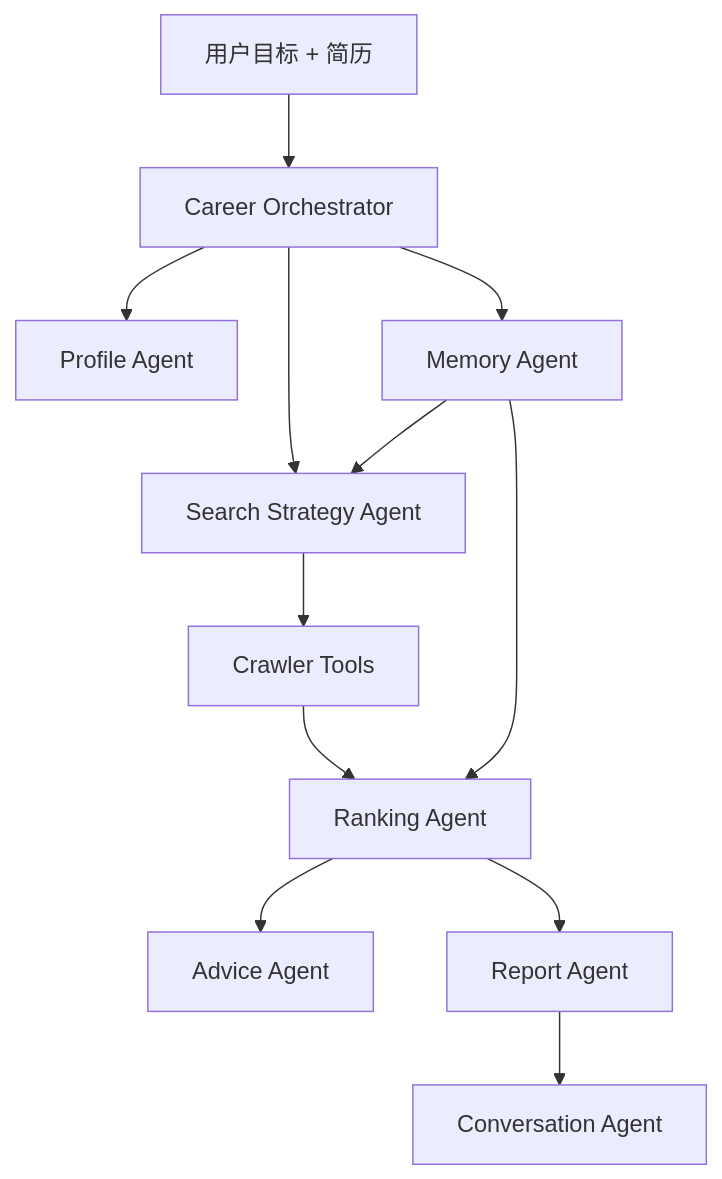
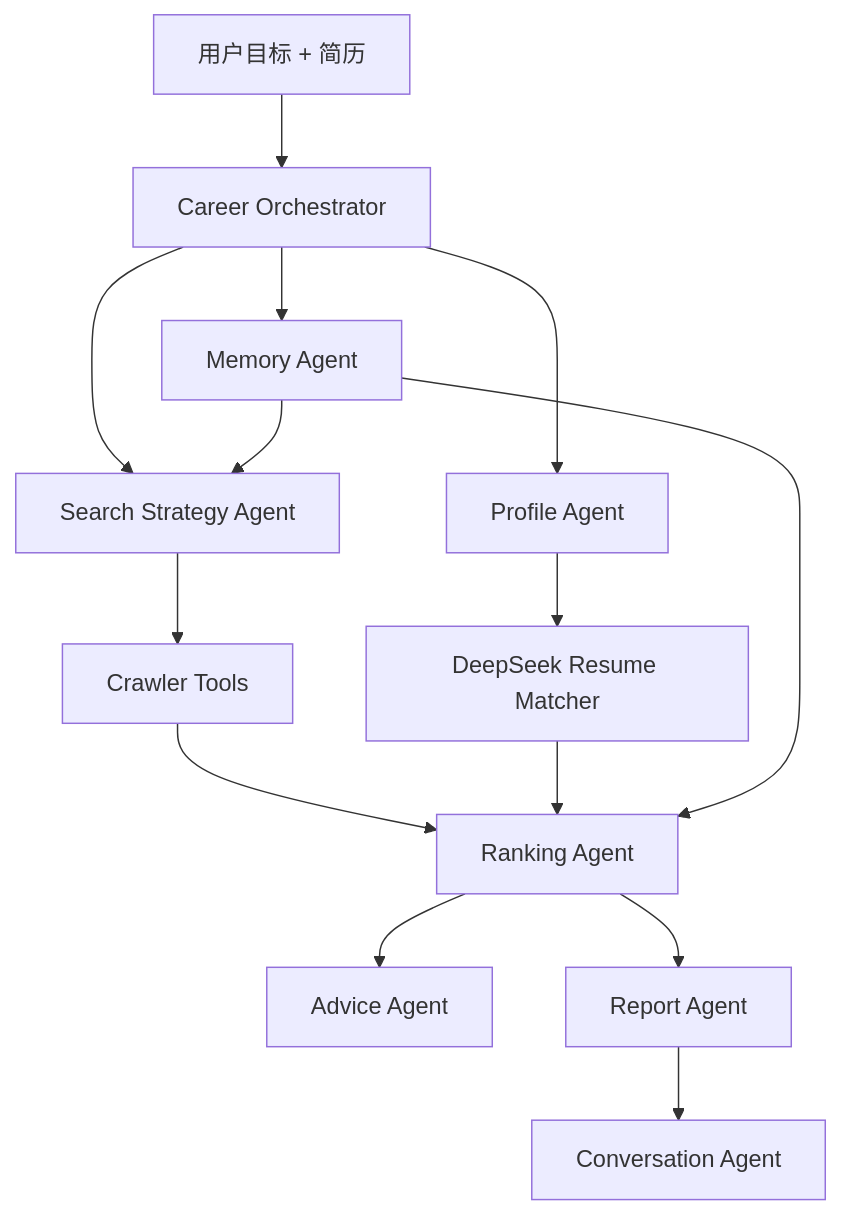
The diagram in README.md (anan-root/careerpilot-agent), drawn with Mermaid before and after one commit. The commit also changed other lines of this file and 14 other files, not shown here.

````diff
--- a/README.md
+++ b/README.md
@@ -130,14 +138,16 @@
 ```mermaid
 flowchart TD
     U["用户目标 + 简历"] --> O["Career Orchestrator"]
     O --> P["Profile Agent"]
     O --> M["Memory Agent"]
     O --> S["Search Strategy Agent"]
     S --> C["Crawler Tools"]
     C --> R["Ranking Agent"]
+    P --> L["DeepSeek Resume Matcher"]
+    L --> R
     R --> A["Advice Agent"]
     R --> G["Report Agent"]
     G --> Q["Conversation Agent"]
     M --> S
     M --> R
 ```
````
